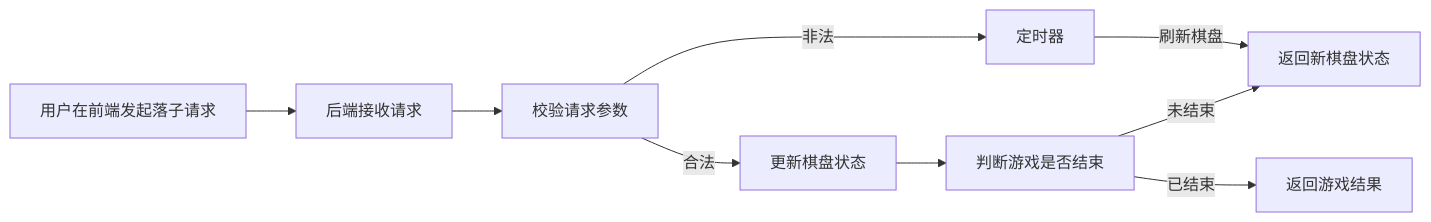
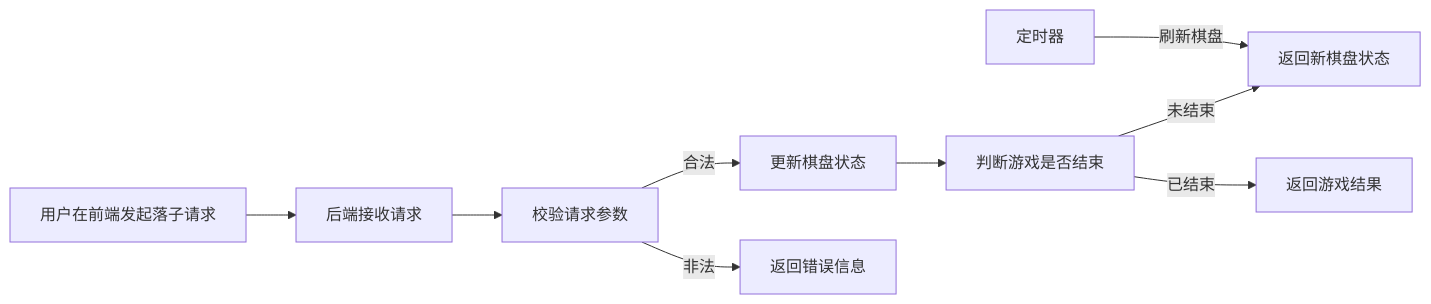
Before and after one commit to HandyWote/BestStrategyOfGomoku: the diagram in 实践报告.md, drawn with Mermaid.

Commit message:
完善实践报告

````diff
--- a/实践报告.md
+++ b/实践报告.md
@@ -26,11 +26,11 @@
 ```mermaid
 graph LR
     A[用户在前端发起落子请求] --> B[后端接收请求]
     B --> C[校验请求参数]
     C -- 合法 --> D[更新棋盘状态]
     C -- 非法 --> G[返回错误信息]
     D --> E[判断游戏是否结束]
     E -- 未结束 --> F[返回新棋盘状态]
-    G[定时器] -- 刷新棋盘 --> F
+    I[定时器] -- 刷新棋盘 --> F
     E -- 已结束 --> H[返回游戏结果]
 ```
````
